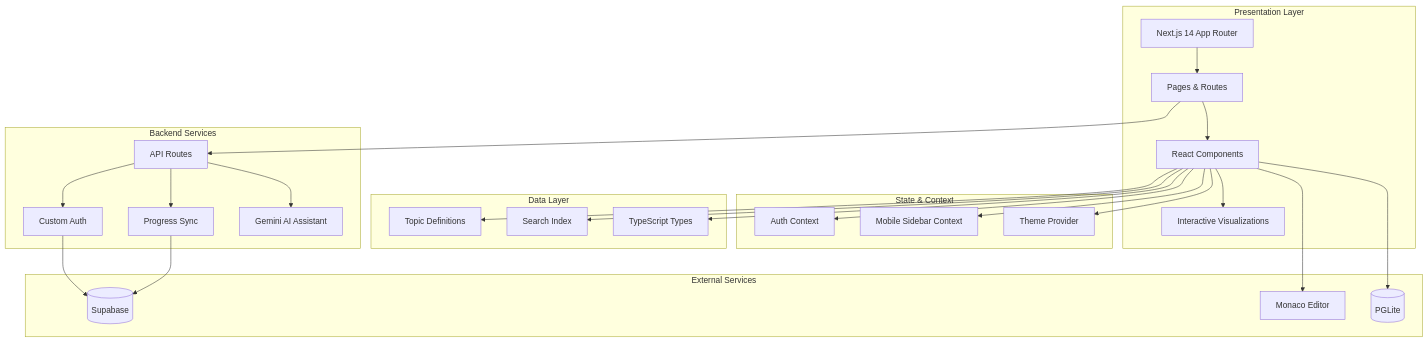
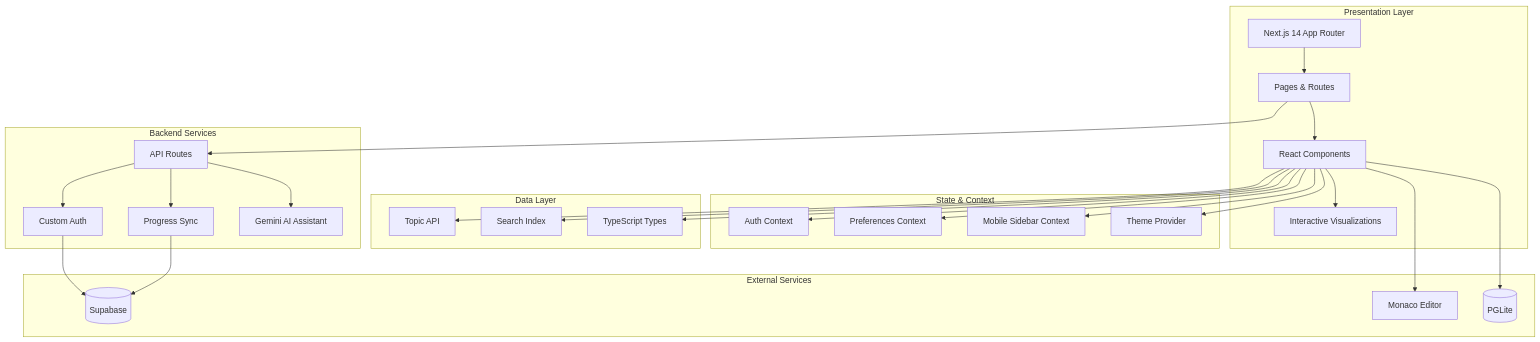
The second of 4 diagrams in README.md (sangisapusaiteja/InterviewHandbook), drawn with Mermaid before and after one commit. The commit also changed other lines of this file and 29 other files, not shown here.

````diff
--- a/README.md
+++ b/README.md
@@ -38,43 +78,44 @@
 ```mermaid
 graph TB
     subgraph "Presentation Layer"
         UI[Next.js 14 App Router]
         Pages[Pages & Routes]
         Components[React Components]
         Visualizations[Interactive Visualizations]
     end
 
     subgraph "State & Context"
         AuthCtx[Auth Context]
+        Prefs[Preferences Context]
         MobileCtx[Mobile Sidebar Context]
         Theme[Theme Provider]
     end
 
     subgraph "Data Layer"
-        Topics[Topic Definitions]
+        Topics[Topic API]
         Search[Search Index]
         Types[TypeScript Types]
     end
 
     subgraph "Backend Services"
         API[API Routes]
         Auth[Custom Auth]
         Progress[Progress Sync]
         Gemini[Gemini AI Assistant]
     end
 
     subgraph "External Services"
         Supabase[(Supabase)]
         Monaco[Monaco Editor]
         PGLite[(PGLite)]
     end
 
     UI --> Pages --> Components --> Visualizations
-    Components --> AuthCtx & MobileCtx & Theme
+    Components --> AuthCtx & Prefs & MobileCtx & Theme
     Components --> Topics & Search & Types
     Pages --> API --> Auth --> Supabase
     API --> Progress --> Supabase
     API --> Gemini
     Components --> Monaco
     Components --> PGLite
 ```
````
